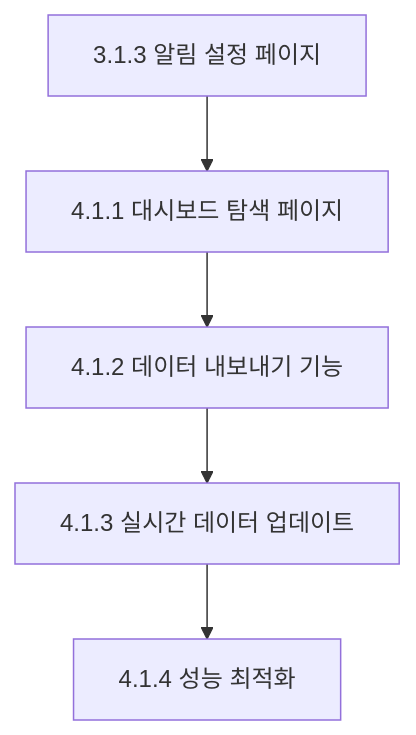
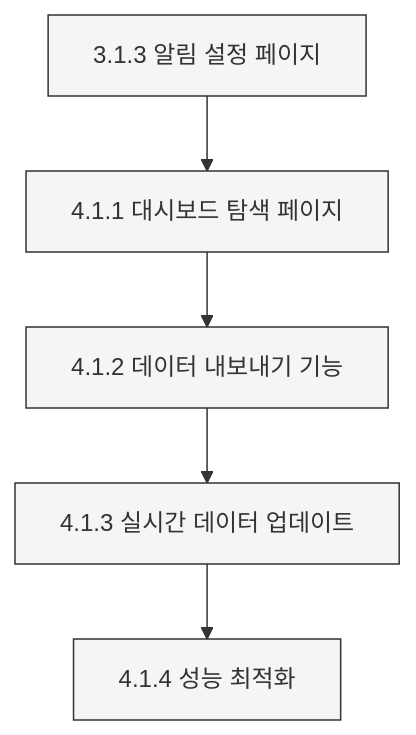
One commit to Seungwoo321/etorch-docs changed the eighth of 10 diagrams in ROADMAP.md. Above: the diagram before and after it, drawn with Mermaid. The commit also changed other lines of this file, not shown here.

````diff
--- a/ROADMAP.md
+++ b/ROADMAP.md
@@ -486,7 +550,13 @@
 ```mermaid
 flowchart TD
     A[3.1.3 알림 설정 페이지] --> B[4.1.1 대시보드 탐색 페이지]
     B --> C[4.1.2 데이터 내보내기 기능]
     C --> D[4.1.3 실시간 데이터 업데이트]
     D --> E[4.1.4 성능 최적화]
+    
+    style A fill:#f5f5f5,stroke:#333,stroke-width:1px
+    style B fill:#f5f5f5,stroke:#333,stroke-width:1px
+    style C fill:#f5f5f5,stroke:#333,stroke-width:1px
+    style D fill:#f5f5f5,stroke:#333,stroke-width:1px
+    style E fill:#f5f5f5,stroke:#333,stroke-width:1px
 ```
````
